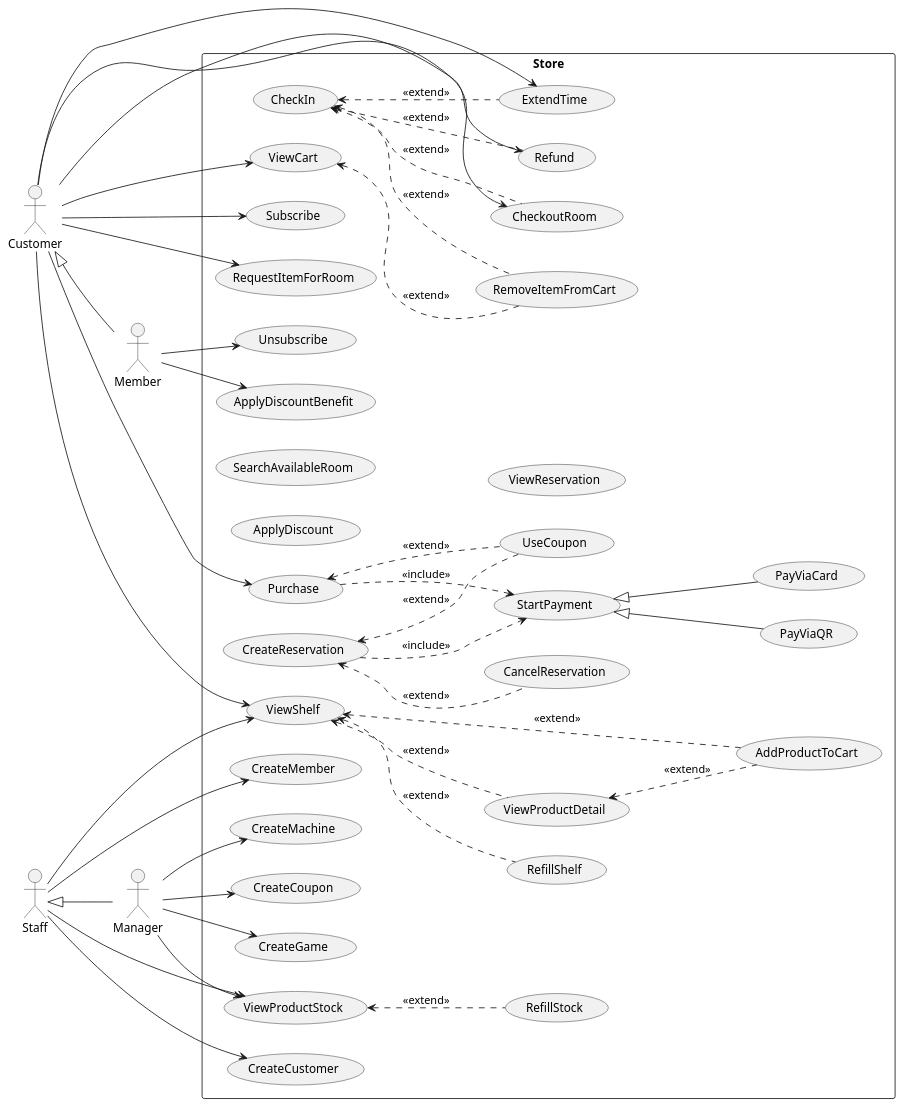
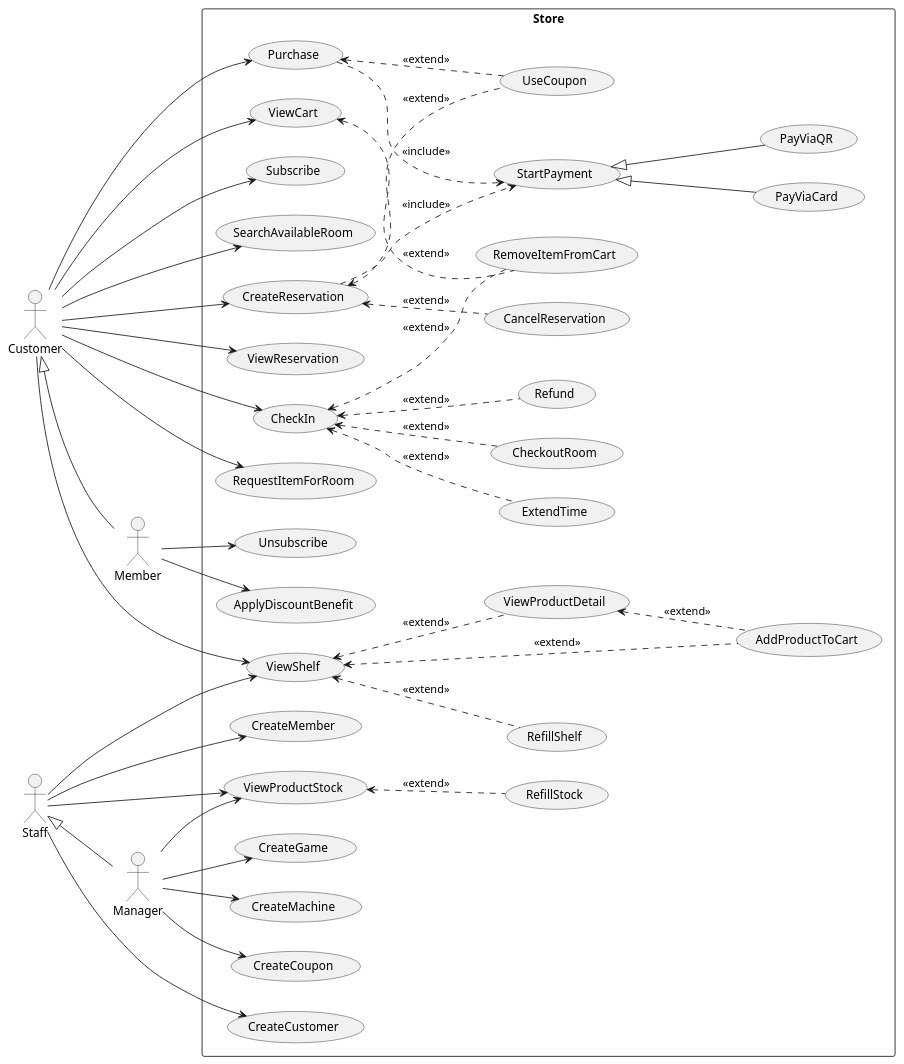
Before and after one commit to WaroonRagwongsiri/OOP_Project: the diagram in UseCaseDiagram/usecase_diagram.puml, drawn with PlantUML.

Commit message:
Updated Usecase Diagram

```diff
--- a/UseCaseDiagram/usecase_diagram.puml
+++ b/UseCaseDiagram/usecase_diagram.puml
@@ -1,114 +1,114 @@
 @startuml UseCaseDiagram
 left to right direction
 
 ' =========================
 ' Actors (from hierarchy in Class Diagram)
 ' =========================
 actor "Customer" as A_Customer
 actor "Member" as A_Member
 actor "Staff" as A_Staff
 actor "Manager" as A_Manager
 
 A_Customer <|-- A_Member
 A_Staff <|-- A_Manager
 
 rectangle "Store" {
 
 	'Customer'
 	usecase "AddProductToCart" as UC_AddProductToCart
 	usecase "ViewCart" as UC_ViewCart
 	usecase "RemoveItemFromCart" as UC_RemoveItemFromCart
 	usecase "ViewShelf" as UC_ViewShelf
 	usecase "ViewProductDetail" as UC_ViewProductDetail
 	usecase "Purchase" as UC_Purchase
 	usecase "UseCoupon" as UC_UseCoupon
 	usecase "Subscribe" as UC_Subscribe
 
 	'Payment'
 	usecase "StartPayment" as UC_StartPayment
 	usecase "PayViaCard" as UC_PayViaCard
 	usecase "PayViaQR" as UC_PayViaQR
 
 	'Member'
 	usecase "ApplyDiscountBenefit" as UC_ApplyDiscountBenefit
 	usecase "Unsubscribe" as UC_Unsubscribe
 
 	'Staff'
-	usecase "ApplyDiscount" as UC_ApplyDiscount
 	usecase "CreateCustomer" as UC_CreateCustomer
 	usecase "CreateMember" as UC_CreateMember
 
 	'Manager'
 	usecase "CreateGame" as UC_CreateGame
 	usecase "CreateMachine" as UC_CreateMachine
 	usecase "ViewProductStock" as UC_ViewProductStock
 	usecase "ViewShelf" as UC_ViewShelf
 	usecase "RefillShelf" as UC_RefillShelf
 	usecase "CreateCoupon" as UC_CreateCoupon
 	usecase "RefillStock" as UC_RefillStock
 
 	'Room Reservation'
 	usecase "SearchAvailableRoom" as UC_SearchAvailableRoom
 	usecase "CreateReservation" as UC_CreateReservation
 	usecase "ViewReservation" as UC_ViewReservation
 	usecase "CancelReservation" as UC_CancelReservation
 	usecase "CheckIn" as UC_CheckIn
 	usecase "ExtendTime" as UC_ExtendTime
 	usecase "CheckoutRoom" as UC_CheckoutRoom
 	usecase "Refund" as UC_Refund
 	usecase "RequestItemForRoom" as UC_RequestItemForRoom
 }
 
 'Customer'
 A_Customer --> UC_ViewCart
 A_Customer --> UC_ViewShelf
 A_Customer --> UC_Purchase
 A_Customer --> UC_Subscribe
-A_Customer --> UC_Refund
-A_Customer --> UC_ExtendTime
 A_Customer --> UC_RequestItemForRoom
-A_Customer --> UC_CheckoutRoom
+A_Customer --> UC_SearchAvailableRoom
+A_Customer --> UC_CreateReservation
+A_Customer --> UC_ViewReservation
+A_Customer --> UC_CheckIn
 
 UC_ViewShelf <.. UC_AddProductToCart : <<extend>>
 UC_ViewShelf <.. UC_ViewProductDetail : <<extend>>
 
 UC_ViewProductDetail <.. UC_AddProductToCart : <<extend>>
 
 UC_ViewCart <.. UC_RemoveItemFromCart : <<extend>>
 
 UC_Purchase <.. UC_UseCoupon : <<extend>>
 UC_Purchase ..> UC_StartPayment : <<include>>
 
 'Payment'
 UC_StartPayment <|-- UC_PayViaCard
 UC_StartPayment <|-- UC_PayViaQR
 
 'Member'
 A_Member --> UC_ApplyDiscountBenefit
 A_Member --> UC_Unsubscribe
 
 'Staff'
 A_Staff --> UC_ViewProductStock
 A_Staff --> UC_CreateCustomer
 A_Staff --> UC_CreateMember
 A_Staff --> UC_ViewShelf
 
 UC_CheckIn <.. UC_Refund : <<extend>>
 UC_CheckIn <.. UC_ExtendTime : <<extend>>
 UC_CheckIn <.. UC_RemoveItemFromCart : <<extend>>
 UC_CheckIn <.. UC_CheckoutRoom : <<extend>>
 
 UC_ViewProductStock <.. UC_RefillStock : <<extend>>
 UC_ViewShelf <.. UC_RefillShelf : <<extend>>
 
 'Manager'
 A_Manager --> UC_CreateCoupon
 A_Manager --> UC_ViewProductStock
 A_Manager --> UC_CreateGame
 A_Manager --> UC_CreateMachine
 
 UC_CreateReservation ..> UC_StartPayment : <<include>>
 UC_CreateReservation <.. UC_UseCoupon : <<extend>>
 UC_CreateReservation <.. UC_CancelReservation : <<extend>>
 
 @enduml
```
